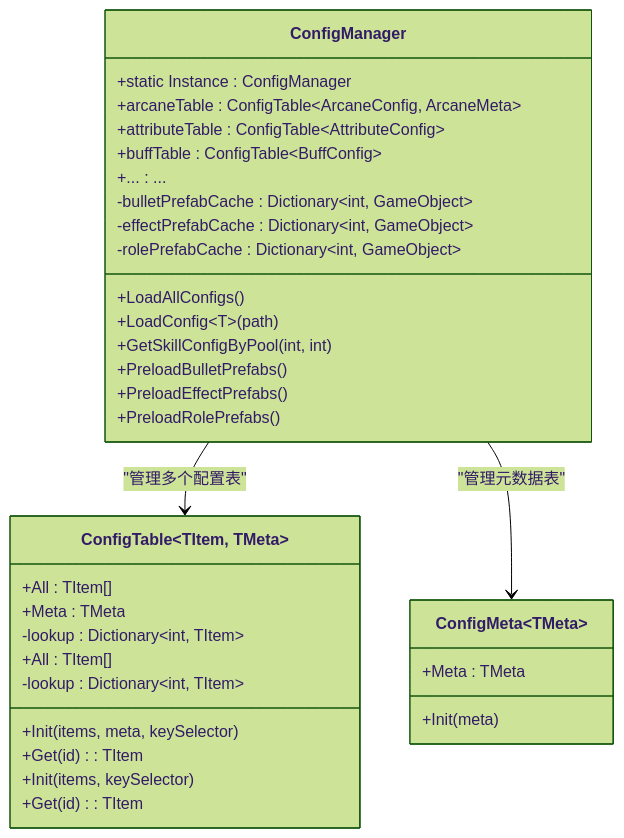
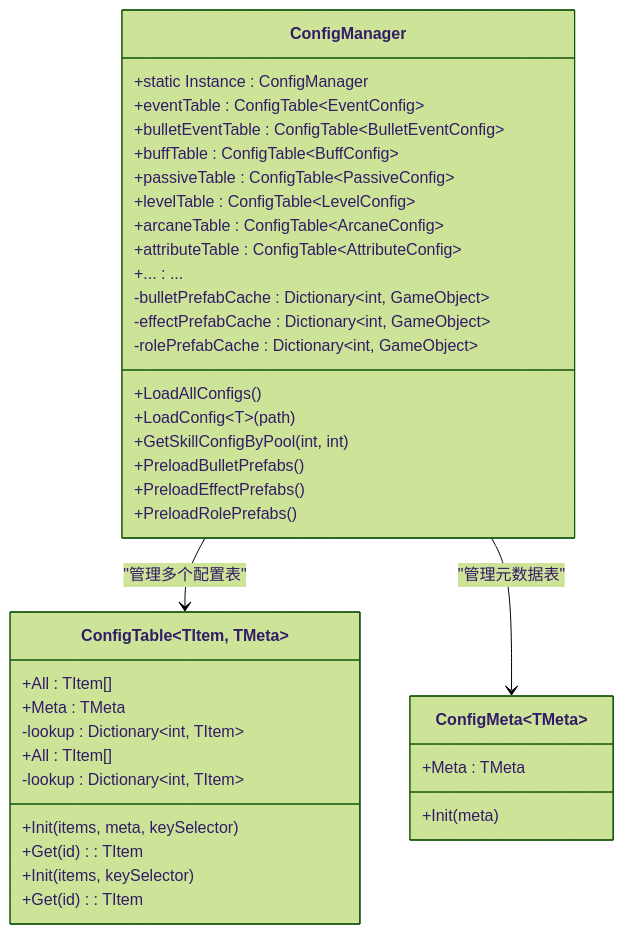
One commit to Tuusen/p1_client changed the second of 7 diagrams in .qoder/repowiki/zh/content/配置管理系统/配置加载机制.md. Above: the diagram before and after it, drawn with Mermaid (forest theme). The commit also changed other lines of this file and 9 other files, not shown here.

````diff
--- a/.qoder/repowiki/zh/content/配置管理系统/配置加载机制.md
+++ b/.qoder/repowiki/zh/content/配置管理系统/配置加载机制.md
@@ -75,38 +88,42 @@
 ```mermaid
 classDiagram
 class ConfigManager {
 +static Instance : ConfigManager
-+arcaneTable : ConfigTable~ArcaneConfig, ArcaneMeta~
++eventTable : ConfigTable~EventConfig~
++bulletEventTable : ConfigTable~BulletEventConfig~
++buffTable : ConfigTable~BuffConfig~
++passiveTable : ConfigTable~PassiveConfig~
++levelTable : ConfigTable~LevelConfig~
++arcaneTable : ConfigTable~ArcaneConfig~
 +attributeTable : ConfigTable~AttributeConfig~
-+buffTable : ConfigTable~BuffConfig~
 +... : ...
 -bulletPrefabCache : Dictionary~int, GameObject~
 -effectPrefabCache : Dictionary~int, GameObject~
 -rolePrefabCache : Dictionary~int, GameObject~
 +LoadAllConfigs()
 +LoadConfig~T~(path)
 +GetSkillConfigByPool(int, int)
 +PreloadBulletPrefabs()
 +PreloadEffectPrefabs()
 +PreloadRolePrefabs()
 }
 class ConfigTable~TItem, TMeta~ {
 +All : TItem[]
 +Meta : TMeta
 -lookup : Dictionary~int, TItem~
 +Init(items, meta, keySelector)
 +Get(id) : TItem
 }
 class ConfigTable~TItem~ {
 +All : TItem[]
 -lookup : Dictionary~int, TItem~
 +Init(items, keySelector)
 +Get(id) : TItem
 }
 class ConfigMeta~TMeta~ {
 +Meta : TMeta
 +Init(meta)
 }
 ConfigManager --> ConfigTable : "管理多个配置表"
 ConfigManager --> ConfigMeta : "管理元数据表"
 ```
````
